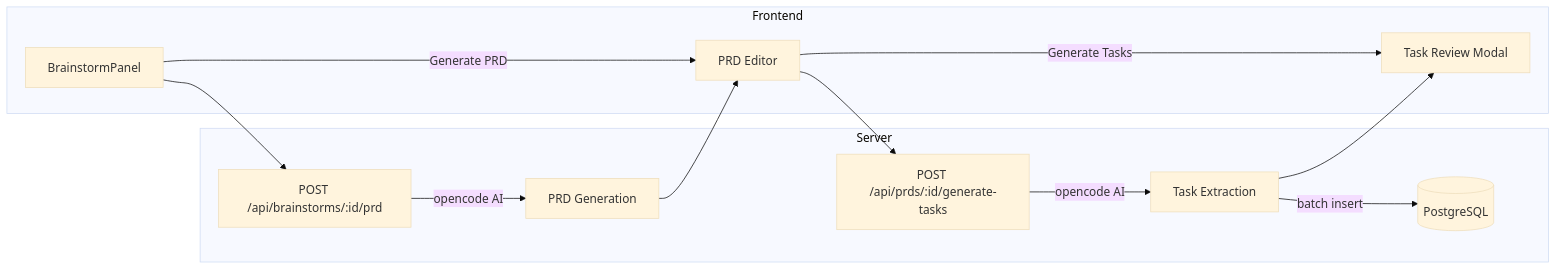
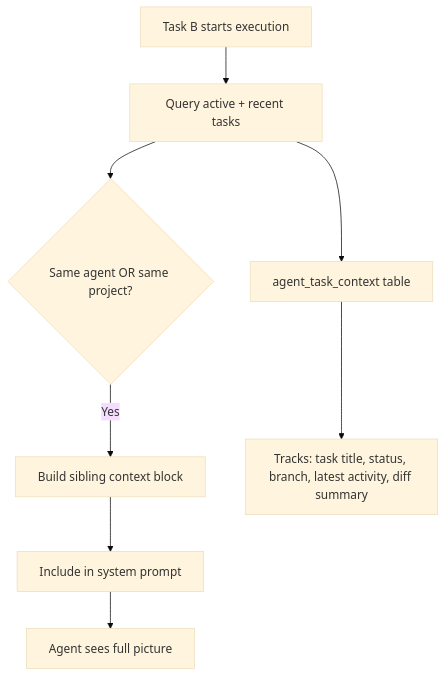
Before and after one commit to TransTRACK-ID/orbit: the diagram in implementation_plan.md, drawn with Mermaid (base theme). The commit also changed other lines of this file and 1 other file, not shown here.

Commit message:
fix(api): truncate PRD content to prevent context overflow, add empty output check, increase timeout to 8min

````diff
--- a/implementation_plan.md
+++ b/implementation_plan.md
@@ -16,16 +22,11 @@
 ```mermaid
-flowchart LR
-    subgraph Frontend
-        A[BrainstormPanel] -->|"Generate PRD"| B[PRD Editor]
-        B -->|"Generate Tasks"| C[Task Review Modal]
-    end
-    subgraph Server
-        D[POST /api/brainstorms/:id/prd] -->|opencode AI| E[PRD Generation]
-        F[POST /api/prds/:id/generate-tasks] -->|opencode AI| G[Task Extraction]
-        G -->|batch insert| H[(PostgreSQL)]
-    end
-    A --> D
-    E --> B
-    B --> F
-    G --> C
+flowchart TD
+    A[Task B starts execution] --> B[Query active + recent tasks]
+    B --> C{Same agent OR same project?}
+    C -->|Yes| D[Build sibling context block]
+    D --> E[Include in system prompt]
+    E --> F[Agent sees full picture]
+    
+    B --> G[agent_task_context table]
+    G --> H[Tracks: task title, status, branch, latest activity, diff summary]
 ```
````
